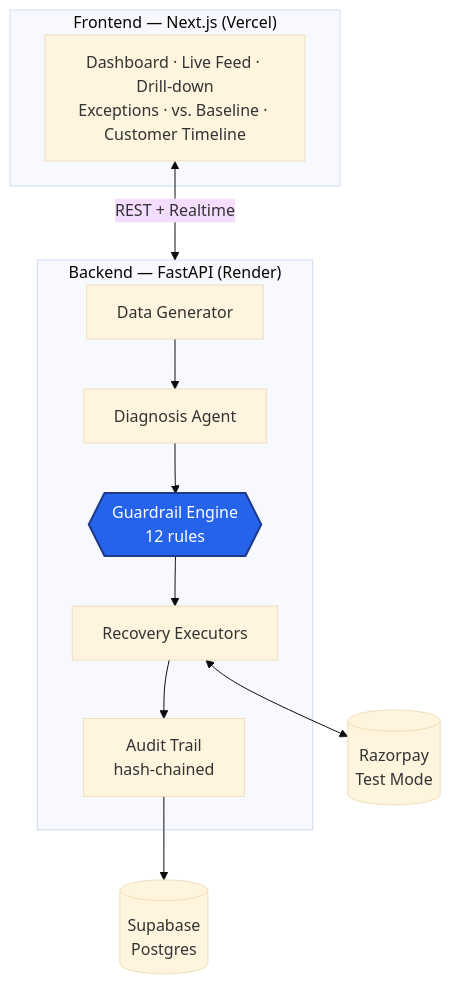
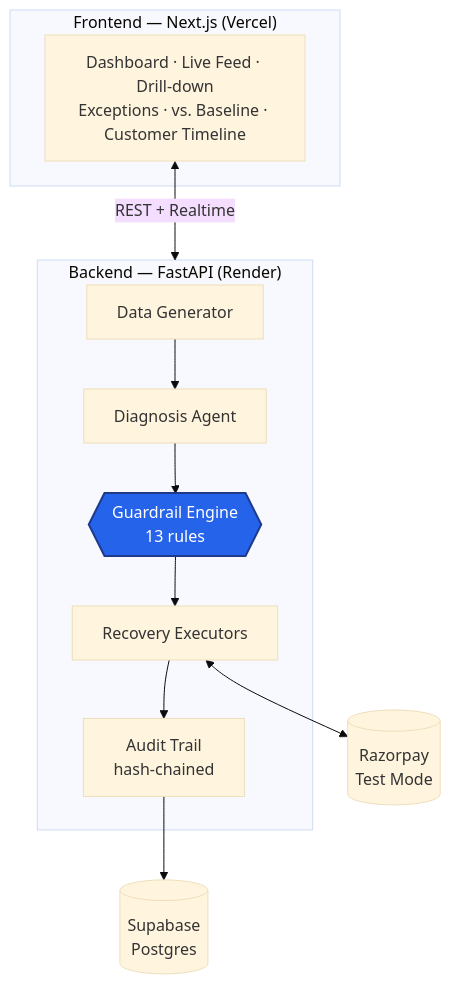
Before and after one commit to ChachanNaman/vasuli-ai: the second of 2 diagrams in README.md, drawn with Mermaid (base theme). The commit also changed other lines of this file and 18 other files, not shown here.

````diff
--- a/README.md
+++ b/README.md
@@ -79,18 +79,18 @@
 ```mermaid
 flowchart TB
     subgraph FE["Frontend — Next.js (Vercel)"]
         UI["Dashboard · Live Feed · Drill-down\nExceptions · vs. Baseline · Customer Timeline"]
     end
     subgraph BE["Backend — FastAPI (Render)"]
         GEN["Data Generator"] --> DIAG["Diagnosis Agent"]
-        DIAG --> GUARD{{"Guardrail Engine\n12 rules"}}
+        DIAG --> GUARD{{"Guardrail Engine\n13 rules"}}
         GUARD --> EXEC["Recovery Executors"]
         EXEC --> AUDIT["Audit Trail\nhash-chained"]
     end
     RZP[("Razorpay\nTest Mode")]
     DB[("Supabase\nPostgres")]
     UI <-- "REST + Realtime" --> BE
     EXEC <--> RZP
     AUDIT --> DB
     style GUARD fill:#2563eb,color:#fff,stroke:#1e3a8a,stroke-width:2px
 ```
````
